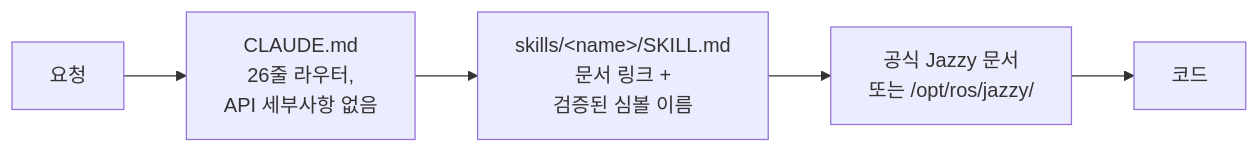
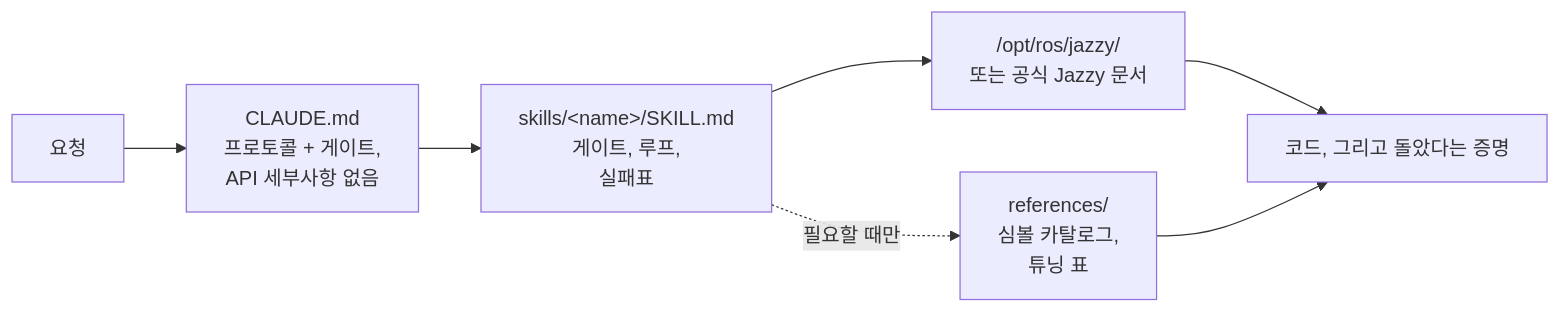
One commit to Leehyunbin0131/claude-ros2-skills changed the diagram in README.ko.md. Above: the diagram before and after it, drawn with Mermaid. The commit also changed other lines of this file and 7 other files, not shown here.

````diff
--- a/README.ko.md
+++ b/README.ko.md
@@ -142,7 +155,9 @@
 ```mermaid
 flowchart LR
-    A["요청"] --> B["CLAUDE.md<br/>26줄 라우터,<br/>API 세부사항 없음"]
-    B --> C["skills/&lt;name&gt;/SKILL.md<br/>문서 링크 +<br/>검증된 심볼 이름"]
-    C --> D["공식 Jazzy 문서<br/>또는 /opt/ros/jazzy/"]
-    D --> E["코드"]
+    A["요청"] --> B["CLAUDE.md<br/>프로토콜 + 게이트,<br/>API 세부사항 없음"]
+    B --> C["skills/&lt;name&gt;/SKILL.md<br/>게이트, 루프,<br/>실패표"]
+    C --> D["/opt/ros/jazzy/<br/>또는 공식 Jazzy 문서"]
+    C -.필요할 때만.-> R["references/<br/>심볼 카탈로그,<br/>튜닝 표"]
+    D --> E["코드, 그리고 돌았다는 증명"]
+    R --> E
 ```
````
